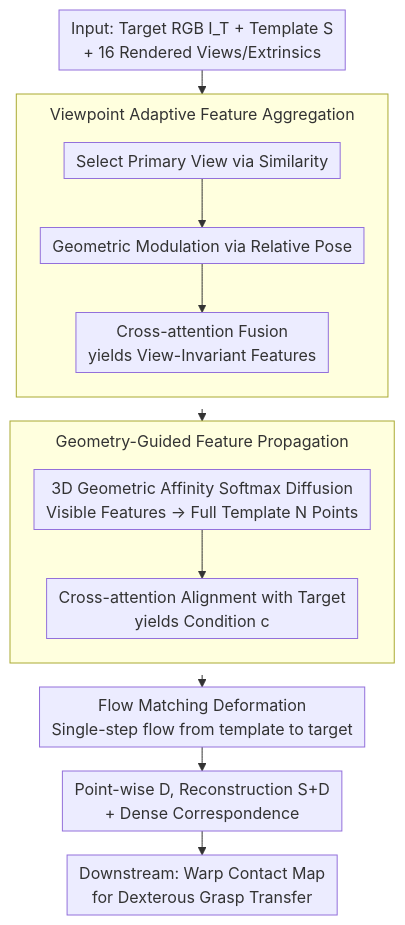
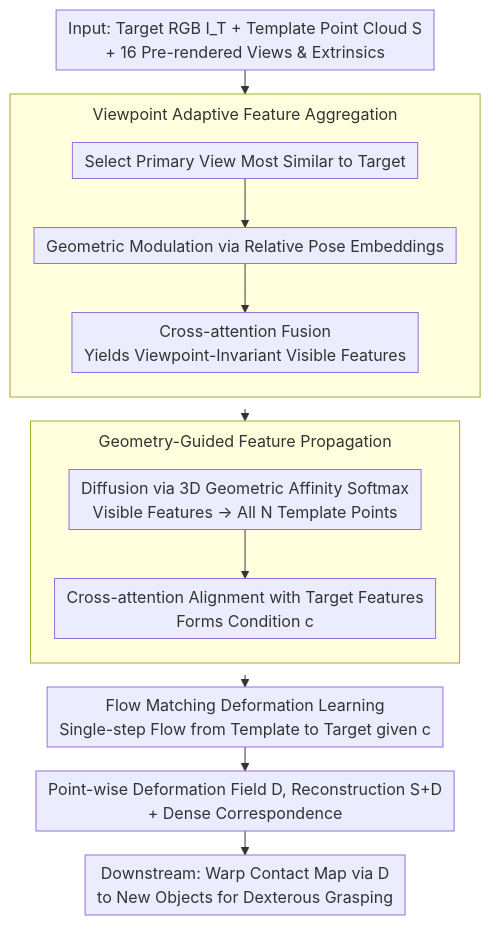
One commit to zhaoyang97/Paper-Notes-en changed the diagram in docs/ICML2026/3d_vision/geometry-guided_modeling_of_foundation_features_enables_generalizable_object_sha.md. Above: the diagram before and after it, drawn with Mermaid. The commit also changed other lines of this file and 5084 other files, not shown here.

````diff
--- a/docs/ICML2026/3d_vision/geometry-guided_modeling_of_foundation_features_enables_generalizable_object_sha.md
+++ b/docs/ICML2026/3d_vision/geometry-guided_modeling_of_foundation_features_enables_generalizable_object_sha.md
@@ -45,17 +45,17 @@
 ```mermaid
 %%{init: {'flowchart': {'rankSpacing': 24, 'nodeSpacing': 28, 'padding': 6, 'wrappingWidth': 400, 'subGraphTitleMargin': {'top': 8, 'bottom': 16}}}}%%
 flowchart TD
-    A["Input: Target RGB I_T + Template S<br/>+ 16 Rendered Views/Extrinsics"] --> B
+    A["Input: Target RGB I_T + Template Point Cloud S<br/>+ 16 Pre-rendered Views & Extrinsics"] --> B
     subgraph VP["Viewpoint Adaptive Feature Aggregation"]
         direction TB
-        B["Select Primary View via Similarity"] --> C["Geometric Modulation via Relative Pose"] --> D["Cross-attention Fusion<br/>yields View-Invariant Features"]
+        B["Select Primary View Most Similar to Target"] --> C["Geometric Modulation via Relative Pose Embeddings"] --> D["Cross-attention Fusion<br/>Yields Viewpoint-Invariant Visible Features"]
     end
     VP --> E
     subgraph PROP["Geometry-Guided Feature Propagation"]
         direction TB
-        E["3D Geometric Affinity Softmax Diffusion<br/>Visible Features → Full Template N Points"] --> F["Cross-attention Alignment with Target<br/>yields Condition c"]
+        E["Diffusion via 3D Geometric Affinity Softmax<br/>Visible Features → All N Template Points"] --> F["Cross-attention Alignment with Target Features<br/>Forms Condition c"]
     end
-    PROP --> G["Flow Matching Deformation<br/>Single-step flow from template to target"]
-    G --> H["Point-wise D, Reconstruction S+D<br/>+ Dense Correspondence"]
-    H --> I["Downstream: Warp Contact Map<br/>for Dexterous Grasp Transfer"]
+    PROP --> G["Flow Matching Deformation Learning<br/>Single-step Flow from Template to Target given c"]
+    G --> H["Point-wise Deformation Field D, Reconstruction S+D<br/>+ Dense Correspondence"]
+    H --> I["Downstream: Warp Contact Map via D<br/>to New Objects for Dexterous Grasping"]
 ```
````
